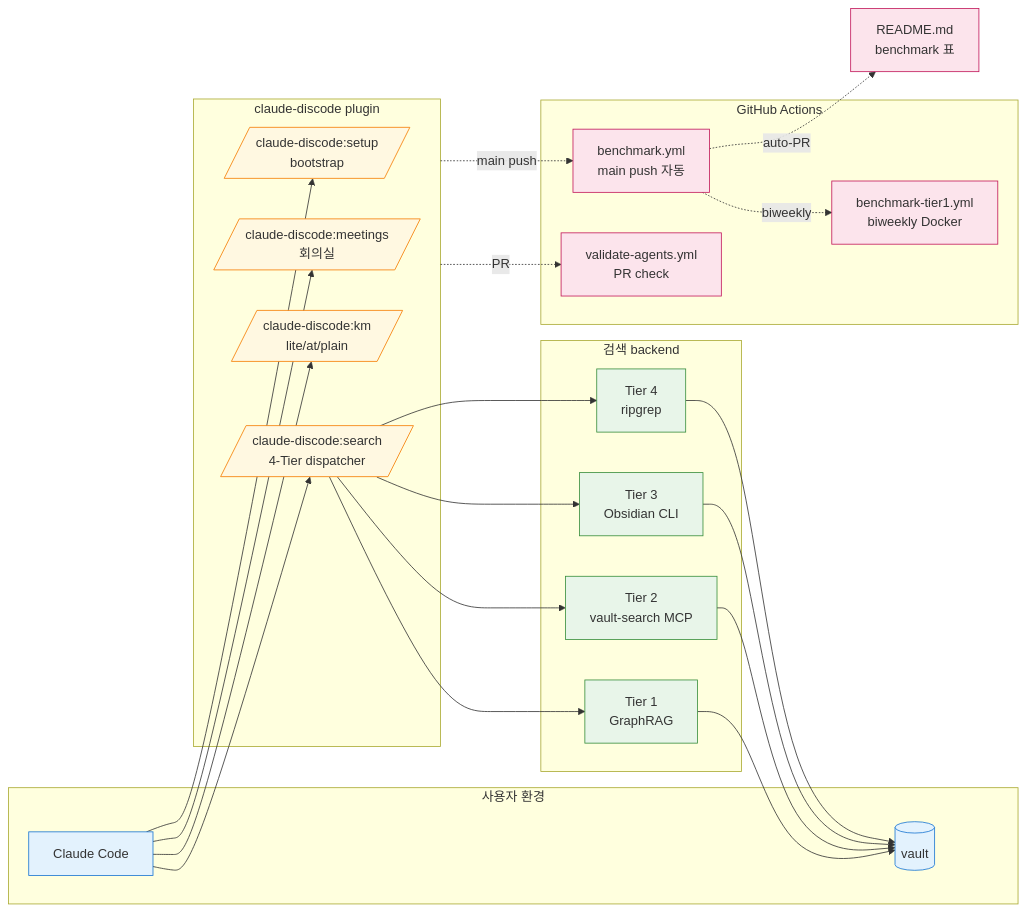
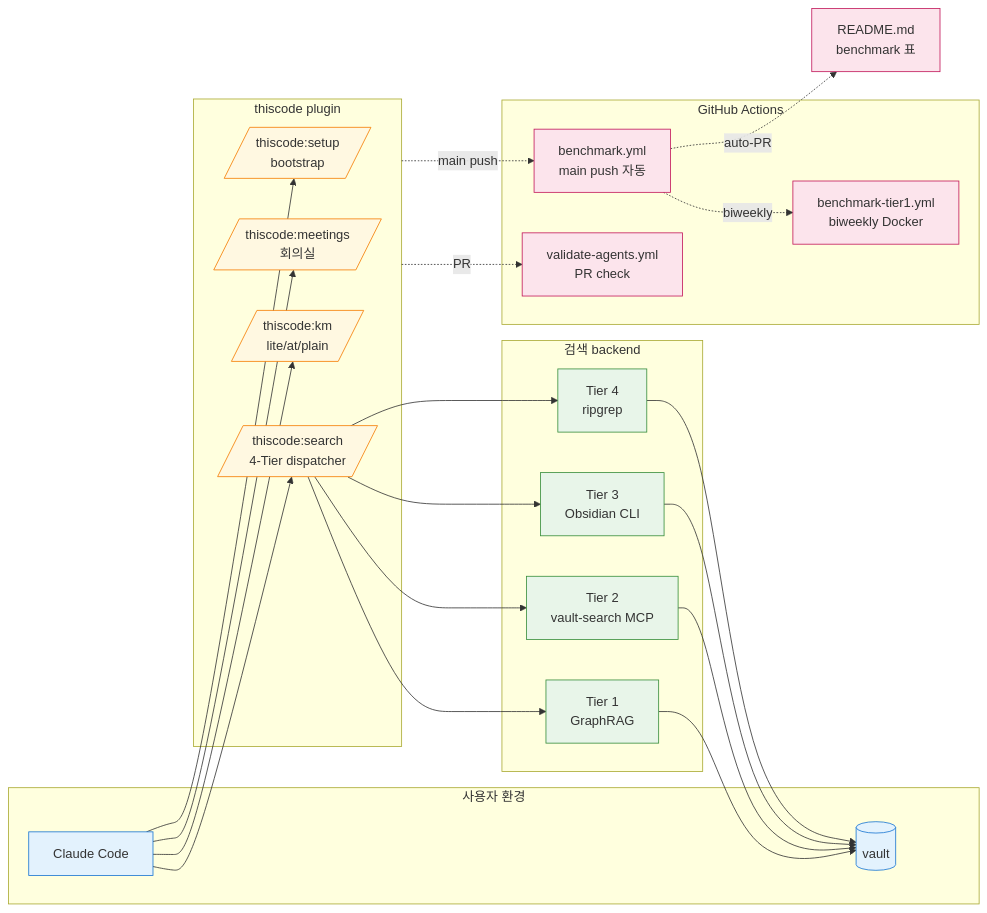
The sixth of 6 diagrams in docs/ARCHITECTURE.md (treylom/claude-discode), drawn with Mermaid before and after one commit. The commit also changed other lines of this file and 134 other files, not shown here.

First line of the commit message:
rename: claude-discode → ThisCode (재경님 결정 A, 2026-05-16, pre-launch 풀 rename)

````diff
--- a/docs/ARCHITECTURE.md
+++ b/docs/ARCHITECTURE.md
@@ -151,56 +151,56 @@
 ```mermaid
 flowchart LR
     subgraph User[사용자 환경]
         CC[Claude Code]
         Vault[(vault)]
     end
 
-    subgraph Plugin[claude-discode plugin]
-        Search[/claude-discode:search<br/>4-Tier dispatcher/]
-        KM[/claude-discode:km<br/>lite/at/plain/]
-        Meet[/claude-discode:meetings<br/>회의실/]
-        Setup[/claude-discode:setup<br/>bootstrap/]
+    subgraph Plugin[thiscode plugin]
+        Search[/thiscode:search<br/>4-Tier dispatcher/]
+        KM[/thiscode:km<br/>lite/at/plain/]
+        Meet[/thiscode:meetings<br/>회의실/]
+        Setup[/thiscode:setup<br/>bootstrap/]
     end
 
     subgraph Backend[검색 backend]
         T1[Tier 1<br/>GraphRAG]
         T2[Tier 2<br/>vault-search MCP]
         T3[Tier 3<br/>Obsidian CLI]
         T4[Tier 4<br/>ripgrep]
     end
 
     subgraph CI[GitHub Actions]
         VA[validate-agents.yml<br/>PR check]
         BM[benchmark.yml<br/>main push 자동]
         BT1[benchmark-tier1.yml<br/>biweekly Docker]
     end
 
     CC --> Search
     CC --> KM
     CC --> Meet
     CC --> Setup
 
     Search --> T1
     Search --> T2
     Search --> T3
     Search --> T4
 
     T1 --> Vault
     T2 --> Vault
     T3 --> Vault
     T4 --> Vault
 
     Plugin -.PR.-> VA
     Plugin -.main push.-> BM
     BM -.biweekly.-> BT1
     BM -.auto-PR.-> README[README.md<br/>benchmark 표]
 
     classDef user fill:#e3f2fd,stroke:#1976d2
     classDef plugin fill:#fff8e1,stroke:#f57c00
     classDef backend fill:#e8f5e9,stroke:#388e3c
     classDef ci fill:#fce4ec,stroke:#c2185b
     class CC,Vault user
     class Search,KM,Meet,Setup plugin
     class T1,T2,T3,T4 backend
     class VA,BM,BT1,README ci
 ```
````
